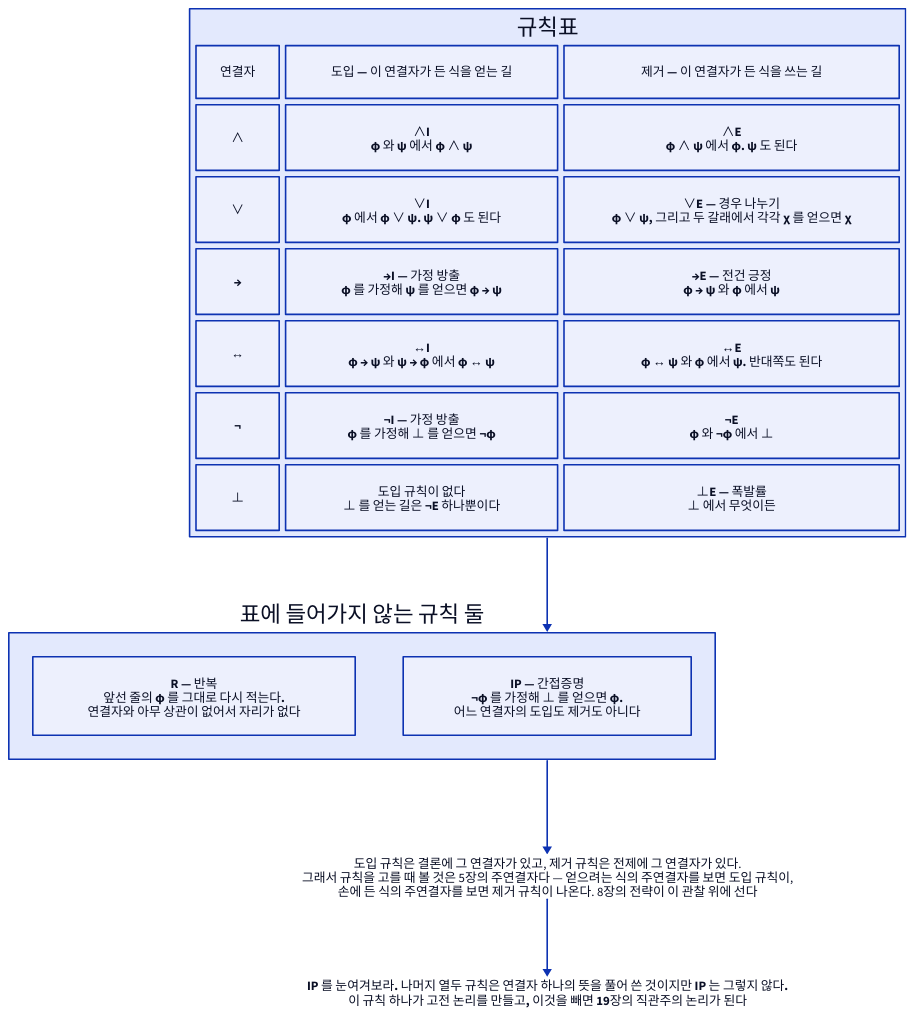
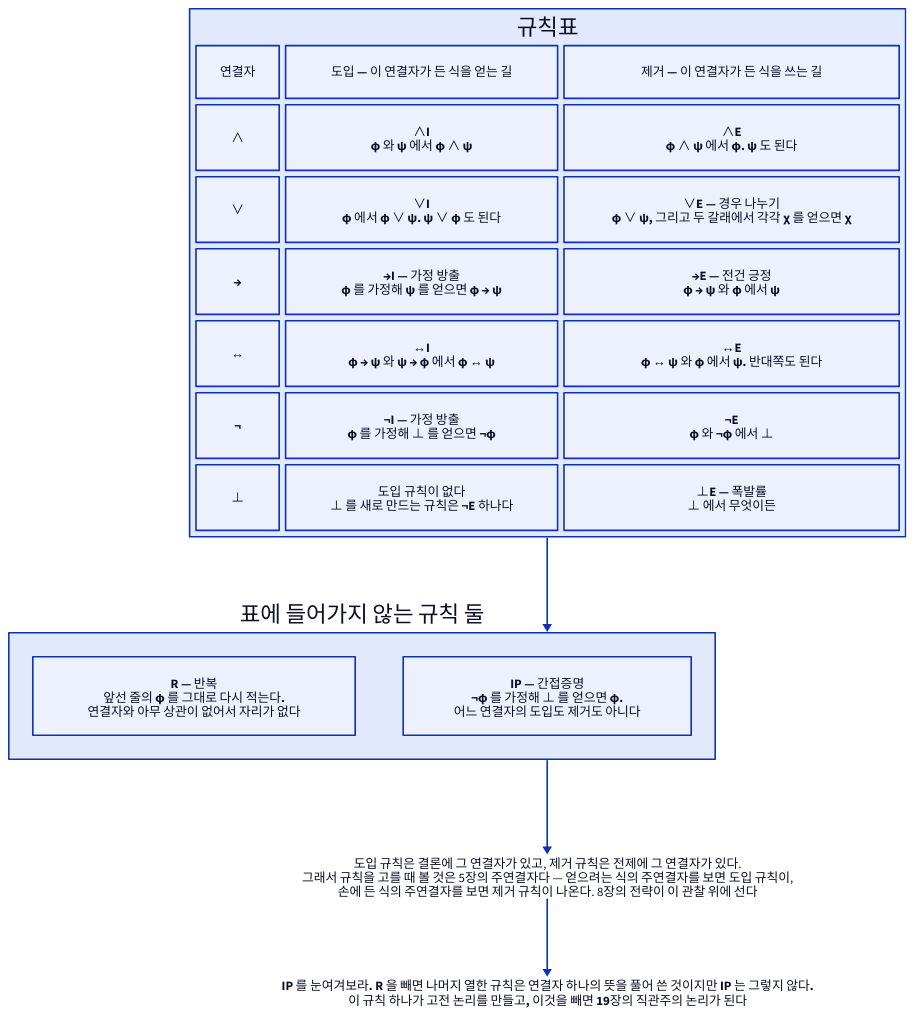
One commit to Dong-gi/Dong-gi.github.io changed the diagram in d2/logic/log-e-intro-elim.d2. Above: the diagram before and after it, drawn with D2. The commit also changed 622 other files, not shown here.

```diff
--- a/d2/logic/log-e-intro-elim.d2
+++ b/d2/logic/log-e-intro-elim.d2
@@ -1,62 +1,62 @@
 # 연결자마다 규칙이 둘 — 도입과 제거 — 논리학 7장.
 #
 # 무엇을 읽어야 하나: 규칙 목록은 외울 것이 아니라 자리를 채운 표다.
 # 연결자 하나마다 ‘어떻게 만드는가(도입)’ 와 ‘어떻게 쓰는가(제거)’ 가 하나씩 있고,
 # ⊥ 만 자리가 비뚤다 — 도입 자리를 ¬E 가 대신 채운다.
 direction: down
 
 규칙표: {
   grid-rows: 7
   grid-columns: 3
   grid-gap: 8
 
   머리1: { label: "연결자"; style.bold: true }
   머리2: { label: "도입 — 이 연결자가 든 식을 얻는 길"; style.bold: true }
   머리3: { label: "제거 — 이 연결자가 든 식을 쓰는 길"; style.bold: true }
 
   기호곱: { label: "∧" }
   곱도입: { label: "∧I\nφ 와 ψ 에서 φ ∧ ψ" }
   곱제거: { label: "∧E\nφ ∧ ψ 에서 φ. ψ 도 된다" }
 
   기호합: { label: "∨" }
   합도입: { label: "∨I\nφ 에서 φ ∨ ψ. ψ ∨ φ 도 된다" }
   합제거: { label: "∨E — 경우 나누기\nφ ∨ ψ, 그리고 두 갈래에서 각각 χ 를 얻으면 χ" }
 
   기호함의: { label: "→" }
   함의도입: { label: "→I — 가정 방출\nφ 를 가정해 ψ 를 얻으면 φ → ψ" }
   함의제거: { label: "→E — 전건 긍정\nφ → ψ 와 φ 에서 ψ" }
 
   기호동치: { label: "↔" }
   동치도입: { label: "↔I\nφ → ψ 와 ψ → φ 에서 φ ↔ ψ" }
   동치제거: { label: "↔E\nφ ↔ ψ 와 φ 에서 ψ. 반대쪽도 된다" }
 
   기호부정: { label: "¬" }
   부정도입: { label: "¬I — 가정 방출\nφ 를 가정해 ⊥ 를 얻으면 ¬φ" }
   부정제거: { label: "¬E\nφ 와 ¬φ 에서 ⊥" }
 
   기호모순: { label: "⊥" }
-  모순도입: { label: "도입 규칙이 없다\n⊥ 를 얻는 길은 ¬E 하나뿐이다" }
+  모순도입: { label: "도입 규칙이 없다\n⊥ 를 새로 만드는 규칙은 ¬E 하나다" }
   모순제거: { label: "⊥E — 폭발률\n⊥ 에서 무엇이든" }
 }
 
 바깥: {
   label: "표에 들어가지 않는 규칙 둘"
   style.bold: true
   반복: { label: "R — 반복\n앞선 줄의 φ 를 그대로 다시 적는다.\n연결자와 아무 상관이 없어서 자리가 없다" }
   간접: { label: "IP — 간접증명\n¬φ 를 가정해 ⊥ 를 얻으면 φ.\n어느 연결자의 도입도 제거도 아니다" }
 }
 
 규칙표 -> 바깥
 바깥 -> 읽는법
 읽는법 -> 경고
 
 읽는법: {
   label: "도입 규칙은 결론에 그 연결자가 있고, 제거 규칙은 전제에 그 연결자가 있다.\n그래서 규칙을 고를 때 볼 것은 5장의 주연결자다 — 얻으려는 식의 주연결자를 보면 도입 규칙이,\n손에 든 식의 주연결자를 보면 제거 규칙이 나온다. 8장의 전략이 이 관찰 위에 선다"
   shape: text
 }
 
 경고: {
-  label: "IP 를 눈여겨보라. 나머지 열두 규칙은 연결자 하나의 뜻을 풀어 쓴 것이지만 IP 는 그렇지 않다.\n이 규칙 하나가 고전 논리를 만들고, 이것을 빼면 19장의 직관주의 논리가 된다"
+  label: "IP 를 눈여겨보라. R 을 빼면 나머지 열한 규칙은 연결자 하나의 뜻을 풀어 쓴 것이지만 IP 는 그렇지 않다.\n이 규칙 하나가 고전 논리를 만들고, 이것을 빼면 19장의 직관주의 논리가 된다"
   shape: text
   style.bold: true
 }
```
